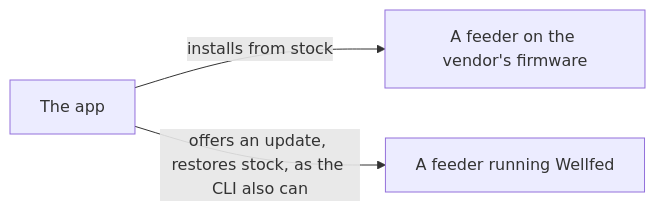
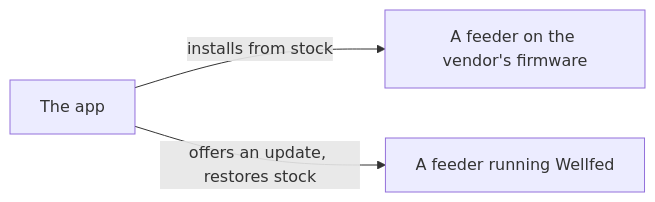
One commit to Isaac-Duarte/wellfed changed the third of 3 diagrams in docs/guide/how-it-works/system.md. Above: the diagram before and after it, drawn with Mermaid. The commit also changed other lines of this file and 25 other files, not shown here.

First line of the commit message:
Make the wellfed CLI a developer and bench tool in the docs

````diff
--- a/docs/guide/how-it-works/system.md
+++ b/docs/guide/how-it-works/system.md
@@ -69,6 +67,6 @@
 ```mermaid
 %% svg: system-routes.svg
 flowchart LR
   front["The app"] -->|installs from stock| stock["A feeder on the vendor's firmware"]
-  front -->|offers an update, restores stock, as the CLI also can| wellfed["A feeder running Wellfed"]
+  front -->|offers an update, restores stock| wellfed["A feeder running Wellfed"]
 ```
````
